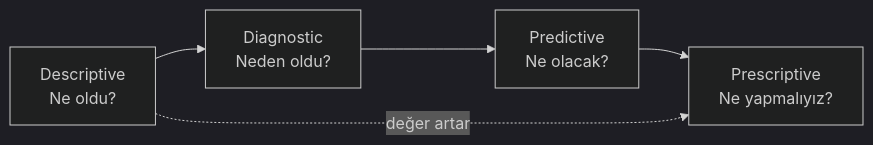
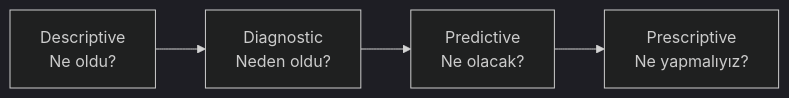
One commit to Mavrikant/mavrikant.github.io changed the diagram in _posts/2026-05-30-dort-asamali-veri-analitigi-muhendislik.md. Above: the diagram before and after it, drawn with Mermaid (dark theme). The commit also changed other lines of this file, not shown here.

````diff
--- a/_posts/2026-05-30-dort-asamali-veri-analitigi-muhendislik.md
+++ b/_posts/2026-05-30-dort-asamali-veri-analitigi-muhendislik.md
@@ -15,7 +20,6 @@
 ```mermaid
 flowchart LR
   D[Descriptive<br/>Ne oldu?] --> Dx[Diagnostic<br/>Neden oldu?]
   Dx --> P[Predictive<br/>Ne olacak?]
   P --> Pr[Prescriptive<br/>Ne yapmalıyız?]
-  D -. değer artar .-> Pr
 ```
````
